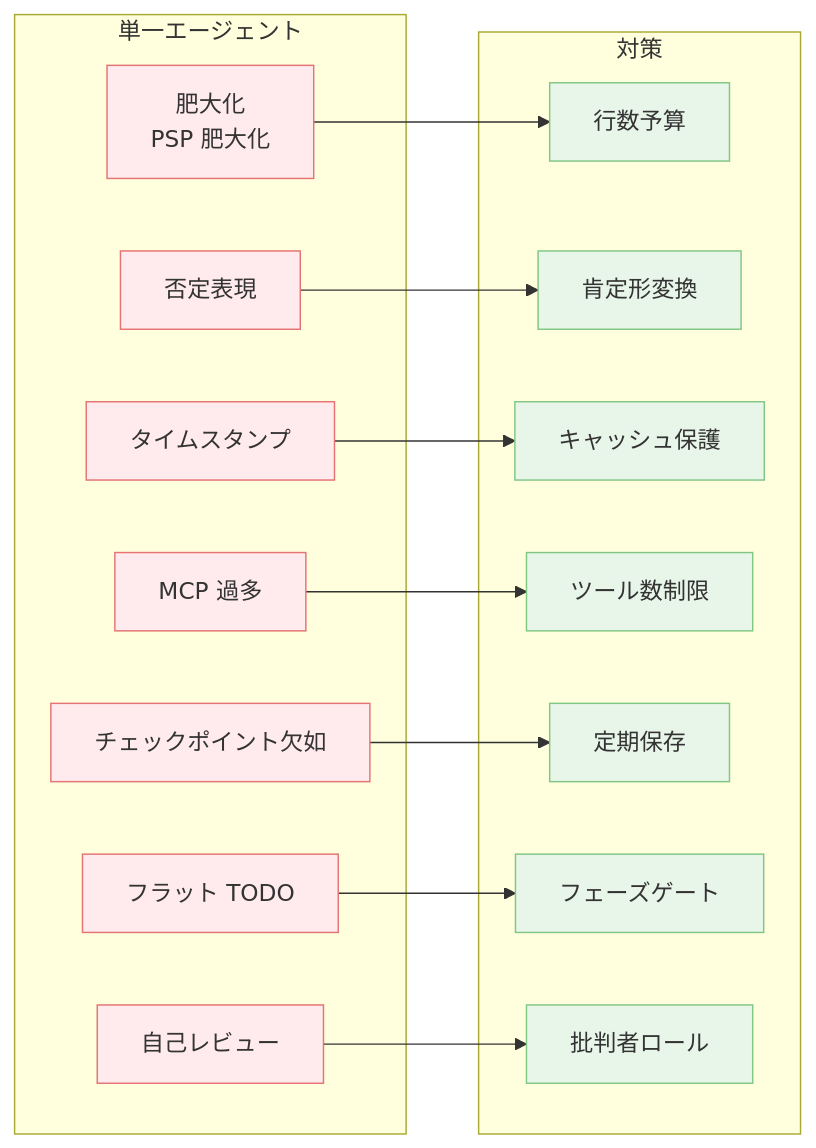
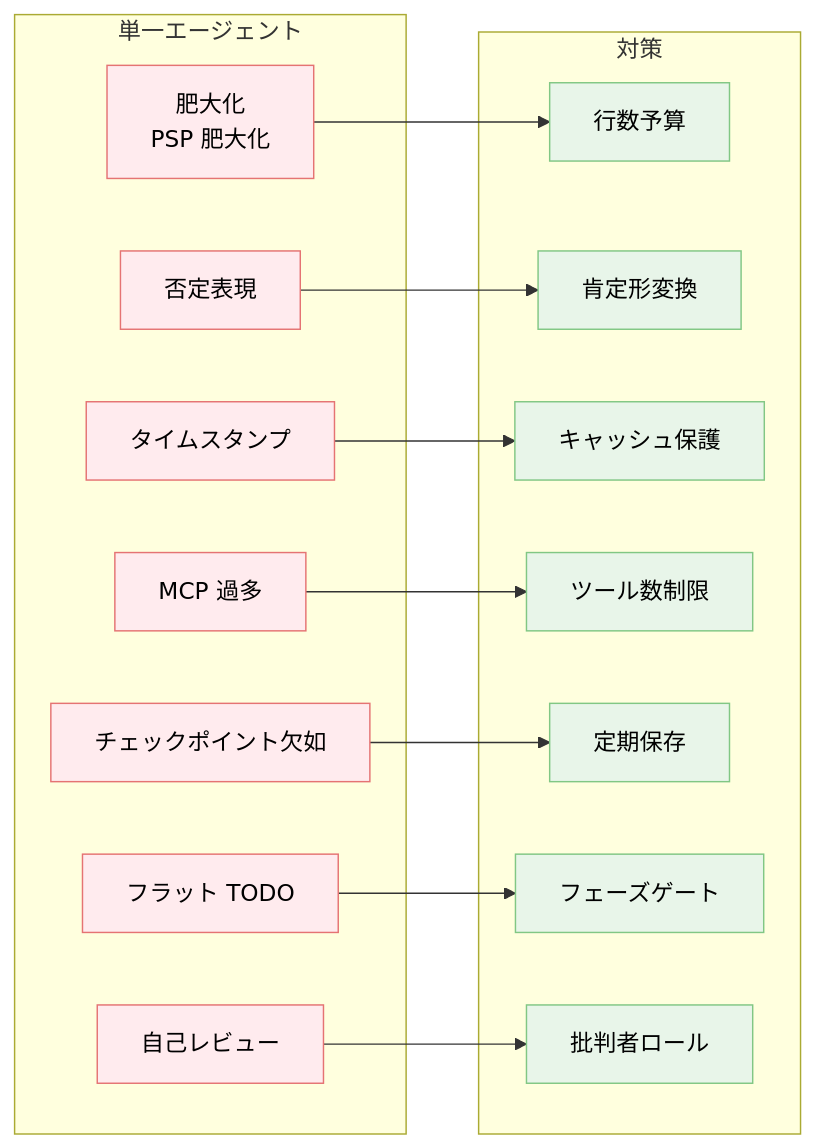
Before and after one commit to dinekt/dinekt-wiki: the diagram in docs/patterns/エージェント運用の失敗モード一覧と対策マップ.md, drawn with Mermaid. The commit also changed 71 other files, not shown here.

First line of the commit message:
fix: mermaid readability + remove GitHub repo toolbar

````diff
--- a/docs/patterns/エージェント運用の失敗モード一覧と対策マップ.md
+++ b/docs/patterns/エージェント運用の失敗モード一覧と対策マップ.md
@@ -23,43 +23,43 @@
 ```mermaid
 flowchart LR
     subgraph 単一エージェント
       S1[肥大化<br/>PSP 肥大化]
       S2[否定表現]
       S3[タイムスタンプ]
       S4[MCP 過多]
       S5[チェックポイント欠如]
       S6[フラット TODO]
       S7[自己レビュー]
     end
     subgraph 対策
       M1[行数予算]
       M2[肯定形変換]
       M3[キャッシュ保護]
       M4[ツール数制限]
       M5[定期保存]
       M6[フェーズゲート]
       M7[批判者ロール]
     end
     S1 --> M1
     S2 --> M2
     S3 --> M3
     S4 --> M4
     S5 --> M5
     S6 --> M6
     S7 --> M7
 
-    style S1 fill:#ffebee,stroke:#e57373
-    style S2 fill:#ffebee,stroke:#e57373
-    style S3 fill:#ffebee,stroke:#e57373
-    style S4 fill:#ffebee,stroke:#e57373
-    style S5 fill:#ffebee,stroke:#e57373
-    style S6 fill:#ffebee,stroke:#e57373
-    style S7 fill:#ffebee,stroke:#e57373
-    style M1 fill:#e8f5e9,stroke:#81c784
-    style M2 fill:#e8f5e9,stroke:#81c784
-    style M3 fill:#e8f5e9,stroke:#81c784
-    style M4 fill:#e8f5e9,stroke:#81c784
-    style M5 fill:#e8f5e9,stroke:#81c784
-    style M6 fill:#e8f5e9,stroke:#81c784
-    style M7 fill:#e8f5e9,stroke:#81c784
+    style S1 fill:#ffebee,stroke:#e57373,color:#000
+    style S2 fill:#ffebee,stroke:#e57373,color:#000
+    style S3 fill:#ffebee,stroke:#e57373,color:#000
+    style S4 fill:#ffebee,stroke:#e57373,color:#000
+    style S5 fill:#ffebee,stroke:#e57373,color:#000
+    style S6 fill:#ffebee,stroke:#e57373,color:#000
+    style S7 fill:#ffebee,stroke:#e57373,color:#000
+    style M1 fill:#e8f5e9,stroke:#81c784,color:#000
+    style M2 fill:#e8f5e9,stroke:#81c784,color:#000
+    style M3 fill:#e8f5e9,stroke:#81c784,color:#000
+    style M4 fill:#e8f5e9,stroke:#81c784,color:#000
+    style M5 fill:#e8f5e9,stroke:#81c784,color:#000
+    style M6 fill:#e8f5e9,stroke:#81c784,color:#000
+    style M7 fill:#e8f5e9,stroke:#81c784,color:#000
 ```
````
